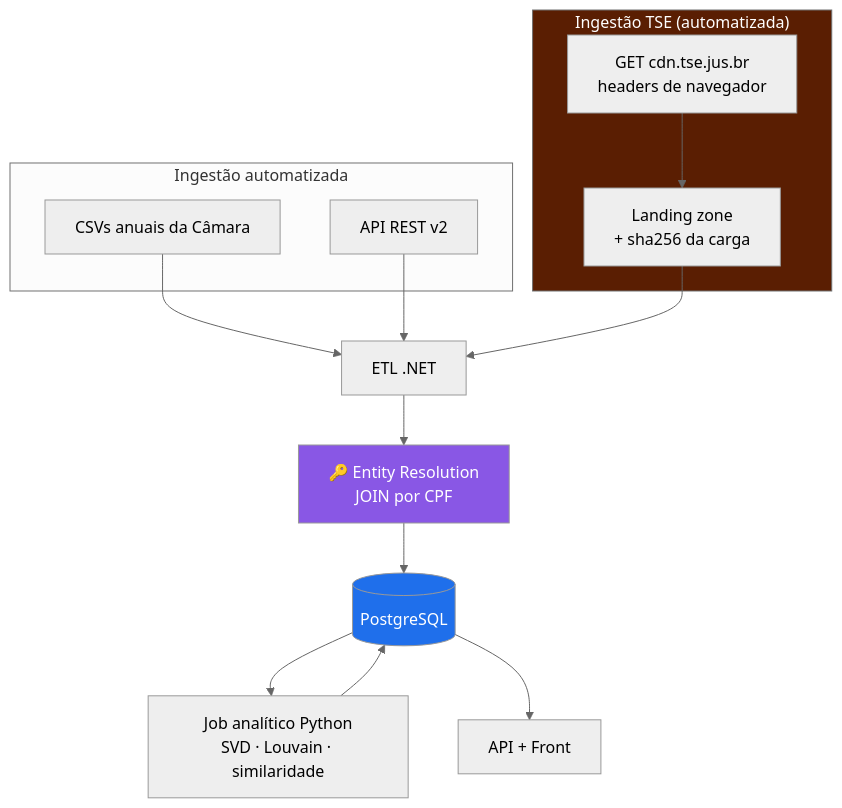
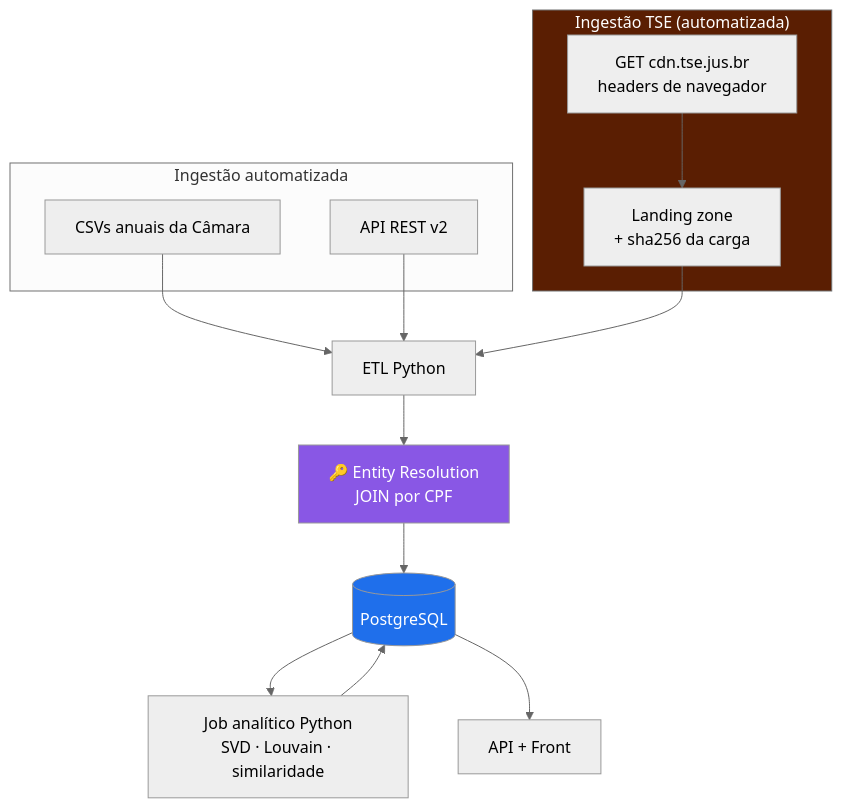
Before and after one commit to IgorLucasAssuncao/poligraph: the diagram in docs/arq/02-cenario-b-camara-tse.md, drawn with Mermaid (neutral theme). The commit also changed 7 other files, not shown here.

````diff
--- a/docs/arq/02-cenario-b-camara-tse.md
+++ b/docs/arq/02-cenario-b-camara-tse.md
@@ -30,30 +30,30 @@
 ```mermaid
 flowchart TD
     subgraph AUTO["Ingestão automatizada"]
         CSV["CSVs anuais da Câmara"]
         API["API REST v2"]
     end
 
     subgraph MAN["Ingestão TSE (automatizada)"]
         DL["GET cdn.tse.jus.br<br/>headers de navegador"]
         LZ["Landing zone<br/>+ sha256 da carga"]
         DL --> LZ
     end
 
-    ETL["ETL .NET"]
+    ETL["ETL Python"]
     ER["🔑 Entity Resolution<br/>JOIN por CPF"]
     PG[("PostgreSQL")]
     ANL["Job analítico Python<br/>SVD · Louvain · similaridade"]
     WEB["API + Front"]
 
     CSV --> ETL
     API --> ETL
     LZ --> ETL
     ETL --> ER --> PG
     PG --> ANL --> PG
     PG --> WEB
 
     style MAN fill:#5a1e02,color:#fff
     style ER fill:#8957e5,color:#fff
     style PG fill:#1f6feb,color:#fff
 ```
````
